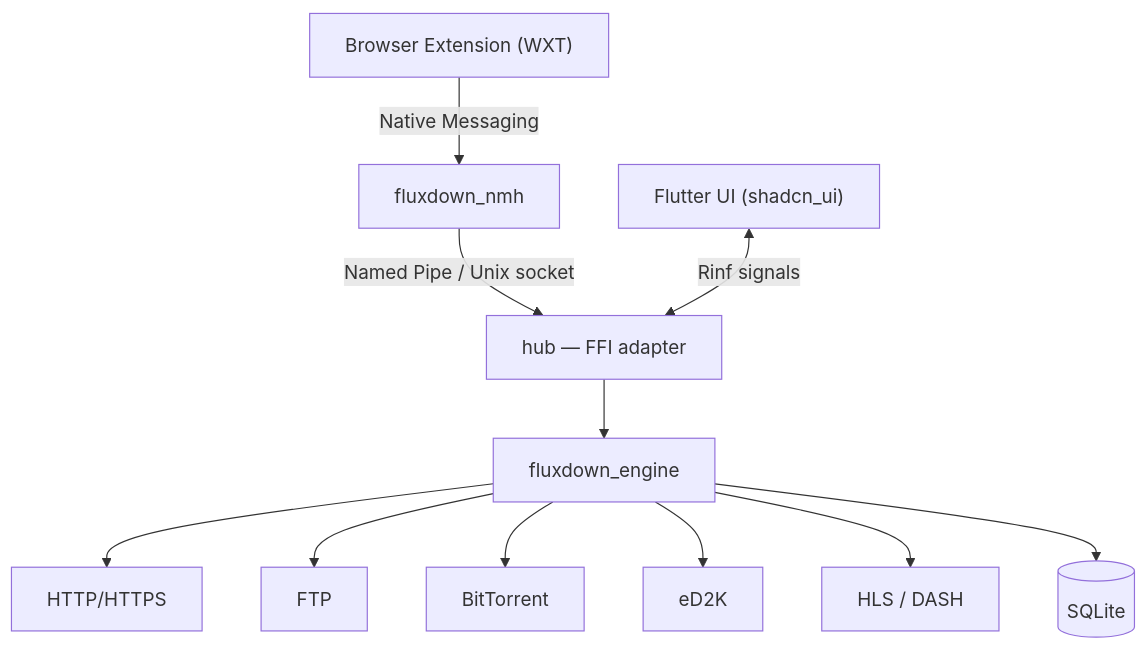
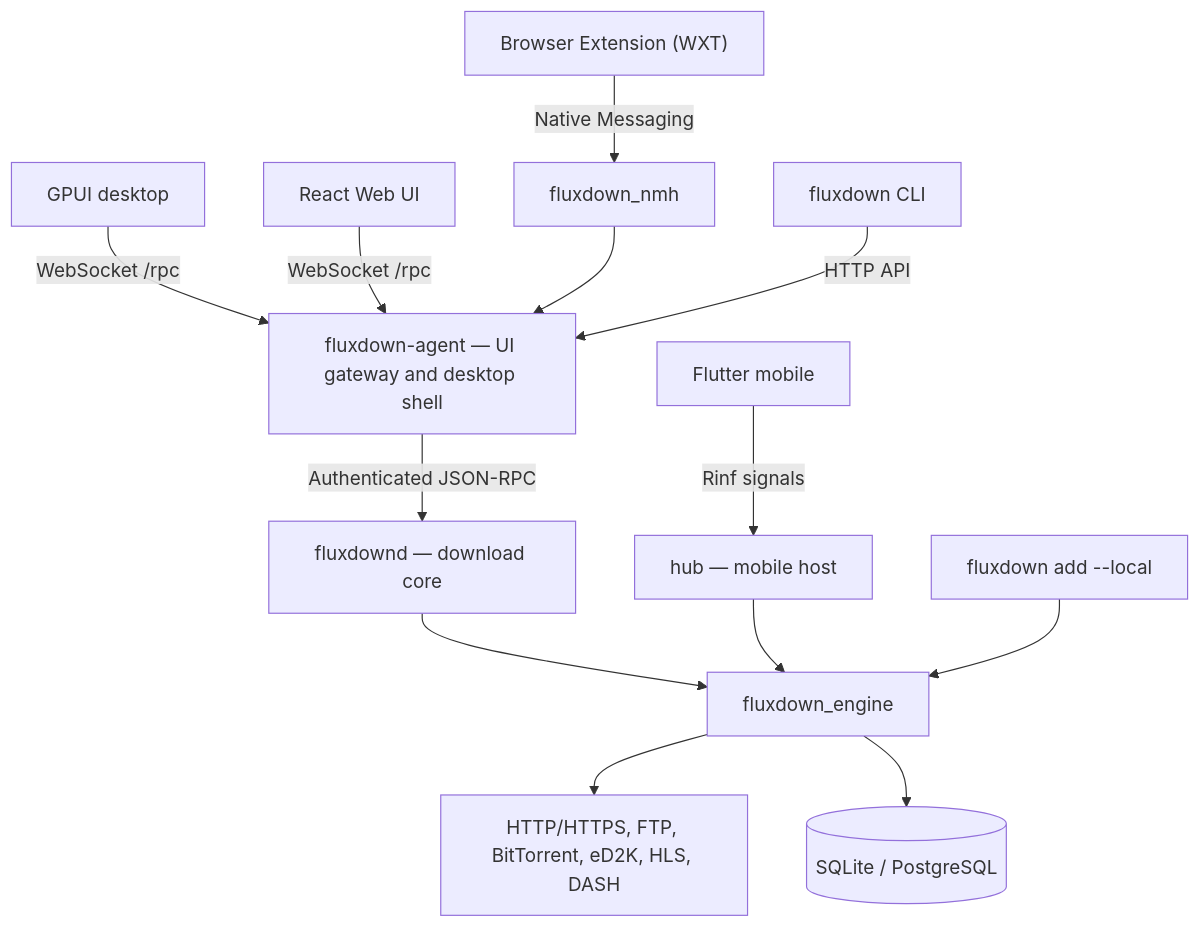
Before and after one commit to MemoryClear/FluxDown: the diagram in README.md, drawn with Mermaid. The commit also changed other lines of this file and 1 other file, not shown here.

````diff
--- a/README.md
+++ b/README.md
@@ -136,13 +185,15 @@
 ```mermaid
 flowchart TD
+    UI["GPUI desktop"] -->|"WebSocket /rpc"| AGENT["fluxdown-agent — UI gateway and desktop shell"]
+    WEB["React Web UI"] -->|"WebSocket /rpc"| AGENT
     EXT["Browser Extension (WXT)"] -->|Native Messaging| NMH["fluxdown_nmh"]
-    NMH -->|Named Pipe / Unix socket| HUB
-    UI["Flutter UI (shadcn_ui)"] <-->|Rinf signals| HUB["hub — FFI adapter"]
+    NMH --> AGENT
+    CLI["fluxdown CLI"] -->|"HTTP API"| AGENT
+    AGENT -->|"Authenticated JSON-RPC"| DAEMON["fluxdownd — download core"]
+    DAEMON --> ENGINE["fluxdown_engine"]
+    MOBILE["Flutter mobile"] -->|"Rinf signals"| HUB["hub — mobile host"]
     HUB --> ENGINE["fluxdown_engine"]
-    ENGINE --> HTTP["HTTP/HTTPS"]
-    ENGINE --> FTP["FTP"]
-    ENGINE --> BT["BitTorrent"]
-    ENGINE --> ED2K["eD2K"]
-    ENGINE --> HLS["HLS / DASH"]
-    ENGINE --> DB[("SQLite")]
+    LOCAL["fluxdown add --local"] --> ENGINE
+    ENGINE --> PROTOCOLS["HTTP/HTTPS, FTP, BitTorrent, eD2K, HLS, DASH"]
+    ENGINE --> DB[("SQLite / PostgreSQL")]
 ```
````
